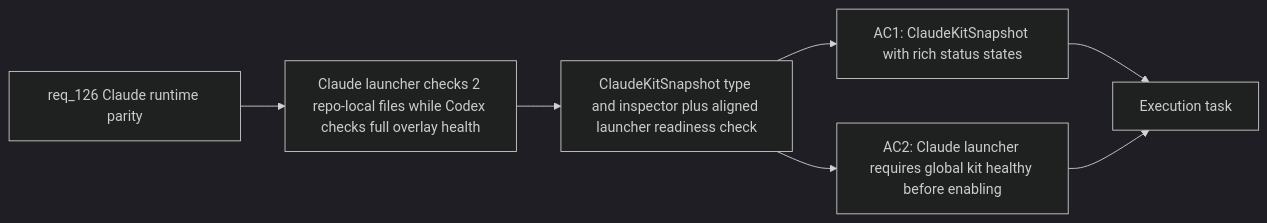
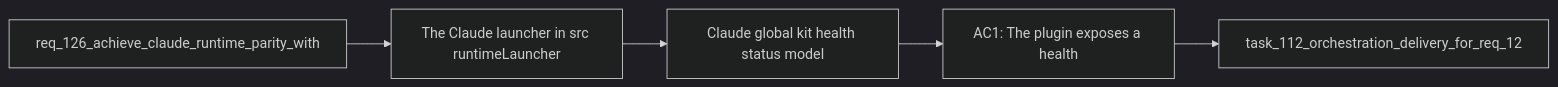
The diagram in logics/backlog/item_230_claude_global_kit_health_status_model_and_aligned_launcher_readiness_check.md (AlexAgo83/logics-manager), drawn with Mermaid (dark theme) before and after one commit. The commit also changed other lines of this file and 481 other files, not shown here.

````diff
--- a/logics/backlog/item_230_claude_global_kit_health_status_model_and_aligned_launcher_readiness_check.md
+++ b/logics/backlog/item_230_claude_global_kit_health_status_model_and_aligned_launcher_readiness_check.md
@@ -22,11 +22,9 @@
 ```mermaid
 %% logics-kind: backlog
 %% logics-signature: backlog|claude-global-kit-health-status-model-an|req-126-achieve-claude-runtime-parity-wi|the-claude-launcher-in-src-runtimelaunch|ac1-the-plugin-exposes-a-health
 flowchart LR
-    Request[req_126 Claude runtime parity] --> Problem[Claude launcher checks 2 repo-local files while Codex checks full overlay health]
-    Problem --> Scope[ClaudeKitSnapshot type and inspector plus aligned launcher readiness check]
-    Scope --> AC1[AC1: ClaudeKitSnapshot with rich status states]
-    Scope --> AC2[AC2: Claude launcher requires global kit healthy before enabling]
-    AC1 --> Tasks[Execution task]
-    AC2 --> Tasks
+    Request[req_126_achieve_claude_runtime_parity_with] --> Problem[The Claude launcher in src runtimeLauncher]
+    Problem --> Scope[Claude global kit health status model]
+    Scope --> Acceptance[AC1: The plugin exposes a health]
+    Acceptance --> Tasks[task_112_orchestration_delivery_for_req_12]
 ```
````
